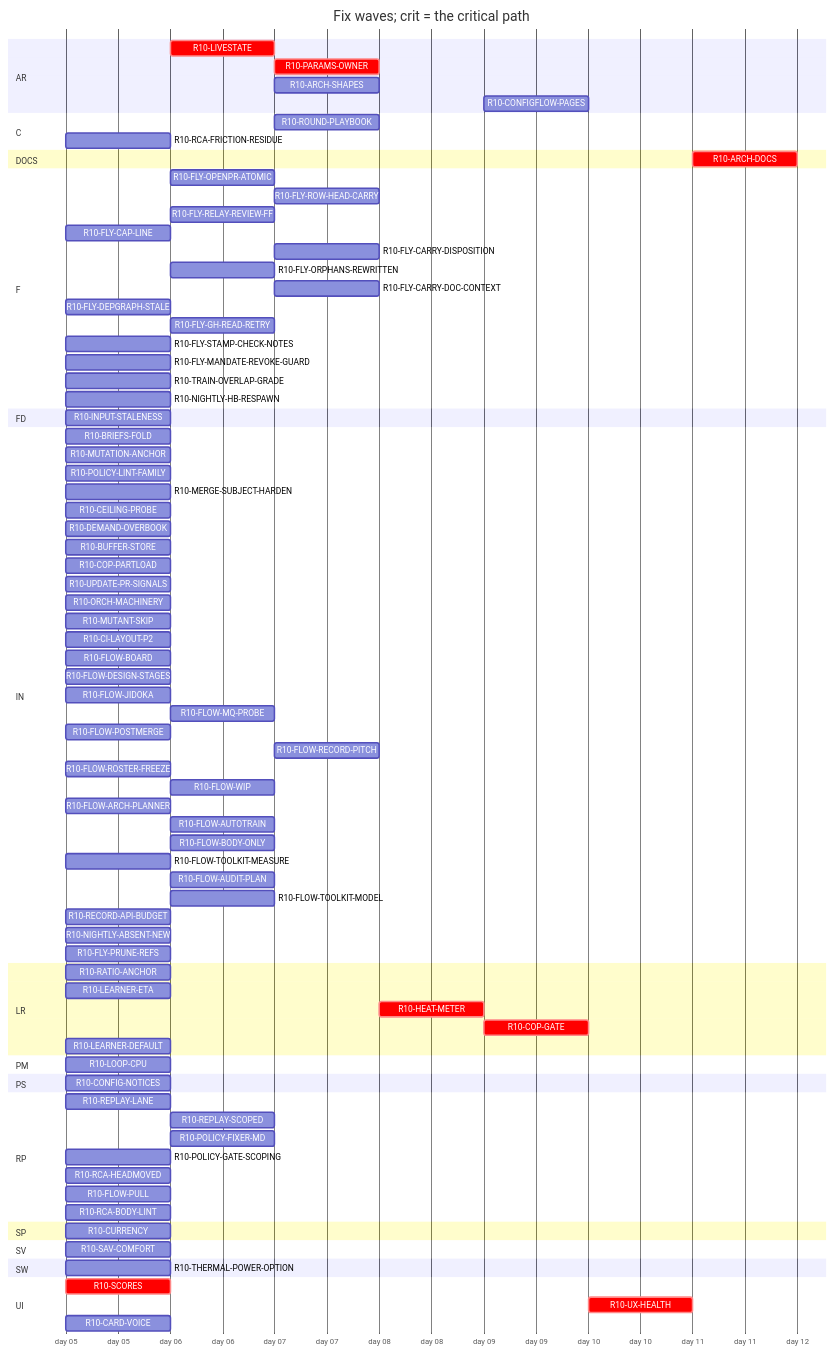
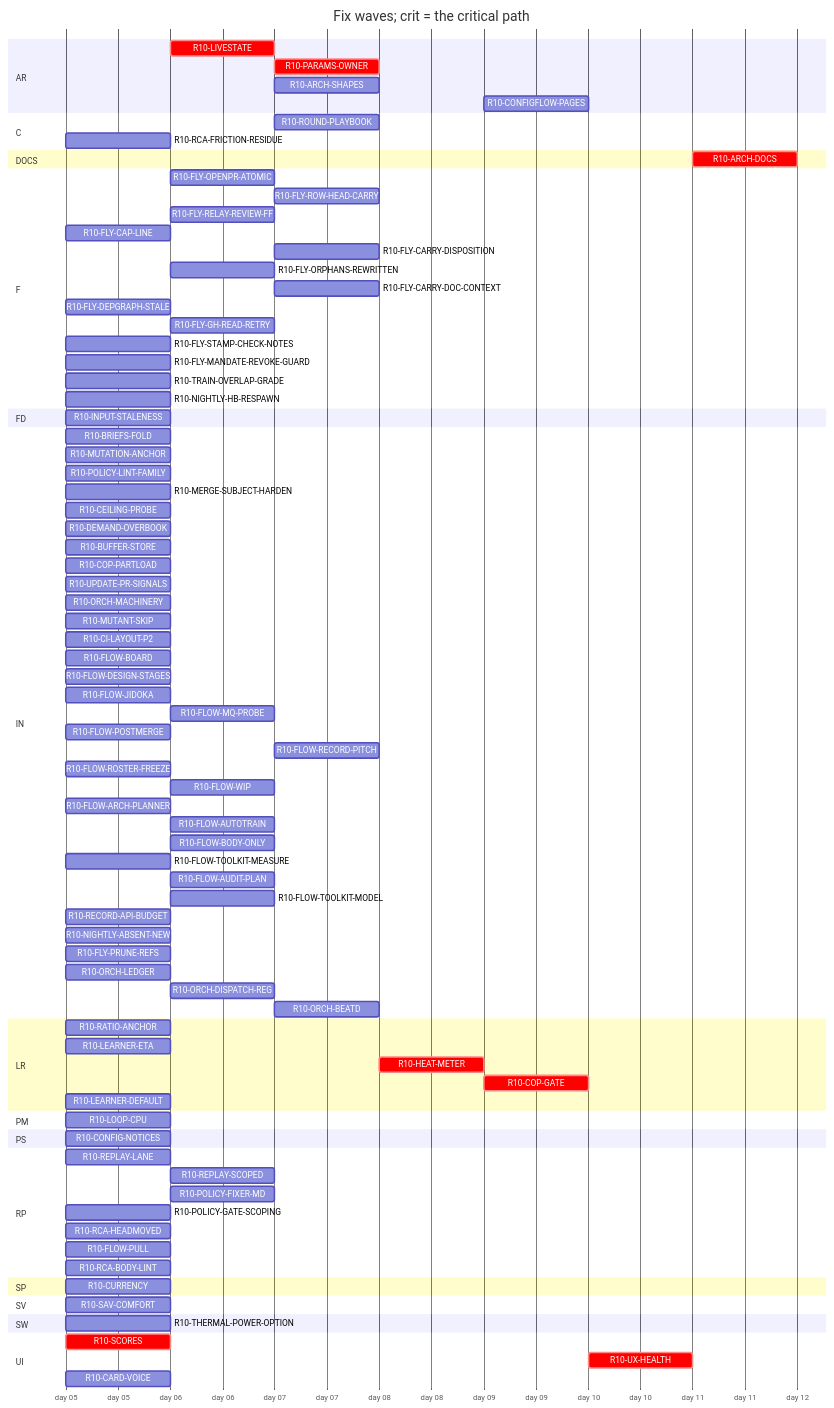
The diagram in handoff/round10/state/PLAN-TABLE.md (tvofi/heatpump_optimizer), drawn with Mermaid before and after one commit. The commit also changed other lines of this file and 2 other files, not shown here.

```diff
--- a/handoff/round10/state/PLAN-TABLE.md
+++ b/handoff/round10/state/PLAN-TABLE.md
@@ -85,6 +85,9 @@
     R10-RECORD-API-BUDGET :r10RECORDAPIBUDGET, 2026-01-05, 1d
     R10-NIGHTLY-ABSENT-NEW :r10NIGHTLYABSENTNEW, 2026-01-05, 1d
     R10-FLY-PRUNE-REFS :r10FLYPRUNEREFS, 2026-01-05, 1d
+    R10-ORCH-LEDGER :r10ORCHLEDGER, 2026-01-05, 1d
+    R10-ORCH-DISPATCH-REG :r10ORCHDISPATCHREG, after r10ORCHLEDGER, 1d
+    R10-ORCH-BEATD :r10ORCHBEATD, after r10ORCHDISPATCHREG, 1d
   section LR
     R10-RATIO-ANCHOR :r10RATIOANCHOR, 2026-01-05, 1d
     R10-LEARNER-ETA :r10LEARNERETA, 2026-01-05, 1d
```
